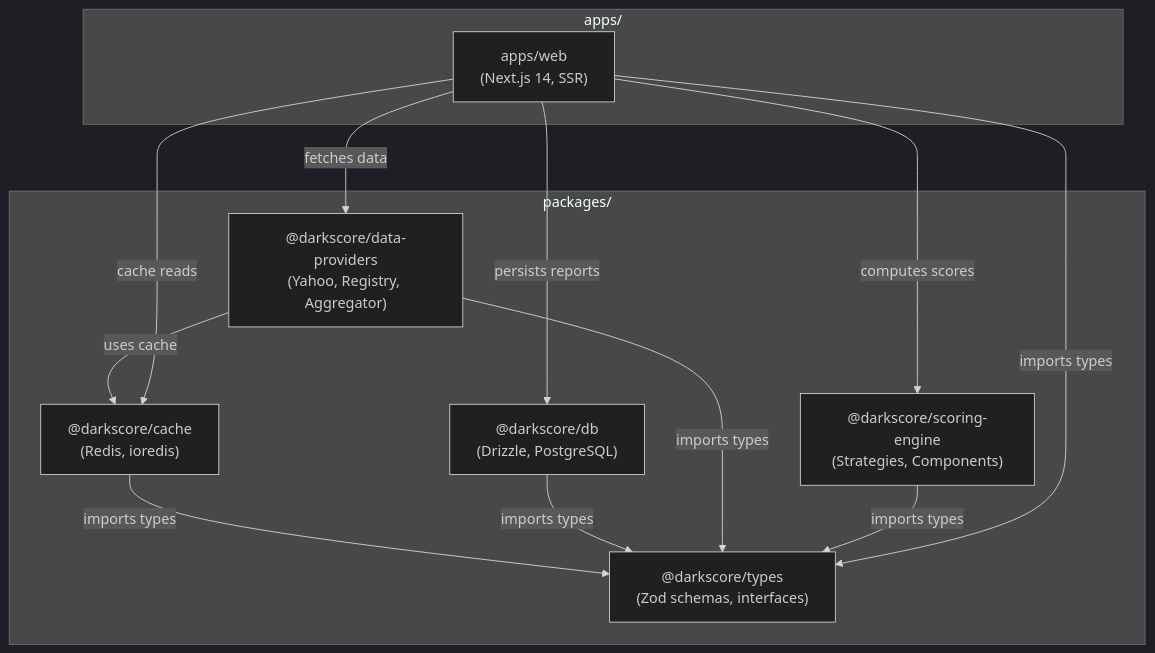
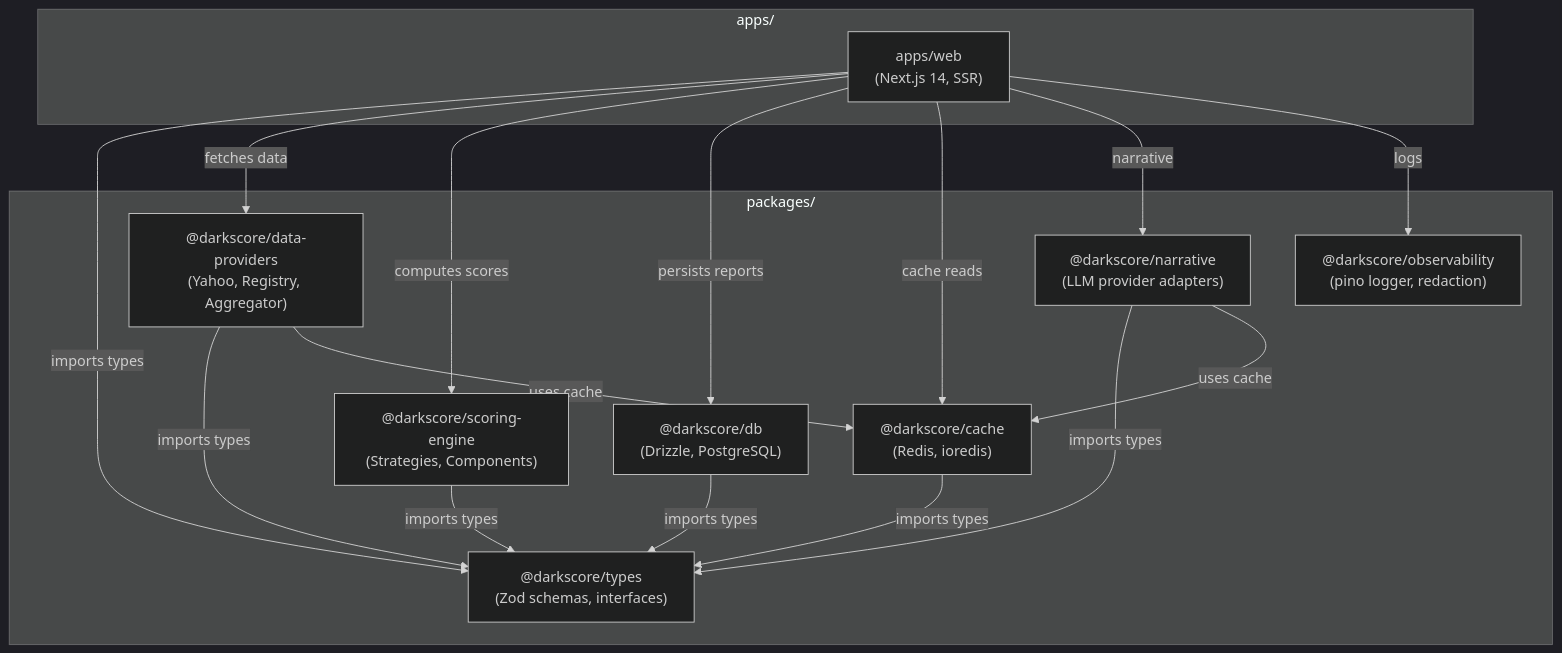
One commit to gabrielo91/ticker-score changed the second of 4 diagrams in .specify/specs/001-darkscore-foundation/c4-diagrams.md. Above: the diagram before and after it, drawn with Mermaid (dark theme). The commit also changed other lines of this file and 20 other files, not shown here.

````diff
--- a/.specify/specs/001-darkscore-foundation/c4-diagrams.md
+++ b/.specify/specs/001-darkscore-foundation/c4-diagrams.md
@@ -51,24 +51,30 @@
 ```mermaid
 graph TB
   subgraph packages["packages/"]
     types["@darkscore/types<br/>(Zod schemas, interfaces)"]
+    observability["@darkscore/observability<br/>(pino logger, redaction)"]
     cache["@darkscore/cache<br/>(Redis, ioredis)"]
     db["@darkscore/db<br/>(Drizzle, PostgreSQL)"]
     providers["@darkscore/data-providers<br/>(Yahoo, Registry, Aggregator)"]
     scoring["@darkscore/scoring-engine<br/>(Strategies, Components)"]
+    narrative["@darkscore/narrative<br/>(LLM provider adapters)"]
   end
   subgraph apps["apps/"]
     web["apps/web<br/>(Next.js 14, SSR)"]
   end
 
   cache -->|imports types| types
   db -->|imports types| types
   providers -->|imports types| types
   providers -->|uses cache| cache
   scoring -->|imports types| types
+  narrative -->|imports types| types
+  narrative -->|uses cache| cache
   web -->|imports types| types
   web -->|fetches data| providers
   web -->|computes scores| scoring
   web -->|persists reports| db
   web -->|cache reads| cache
+  web -->|narrative| narrative
+  web -->|logs| observability
 ```
````
